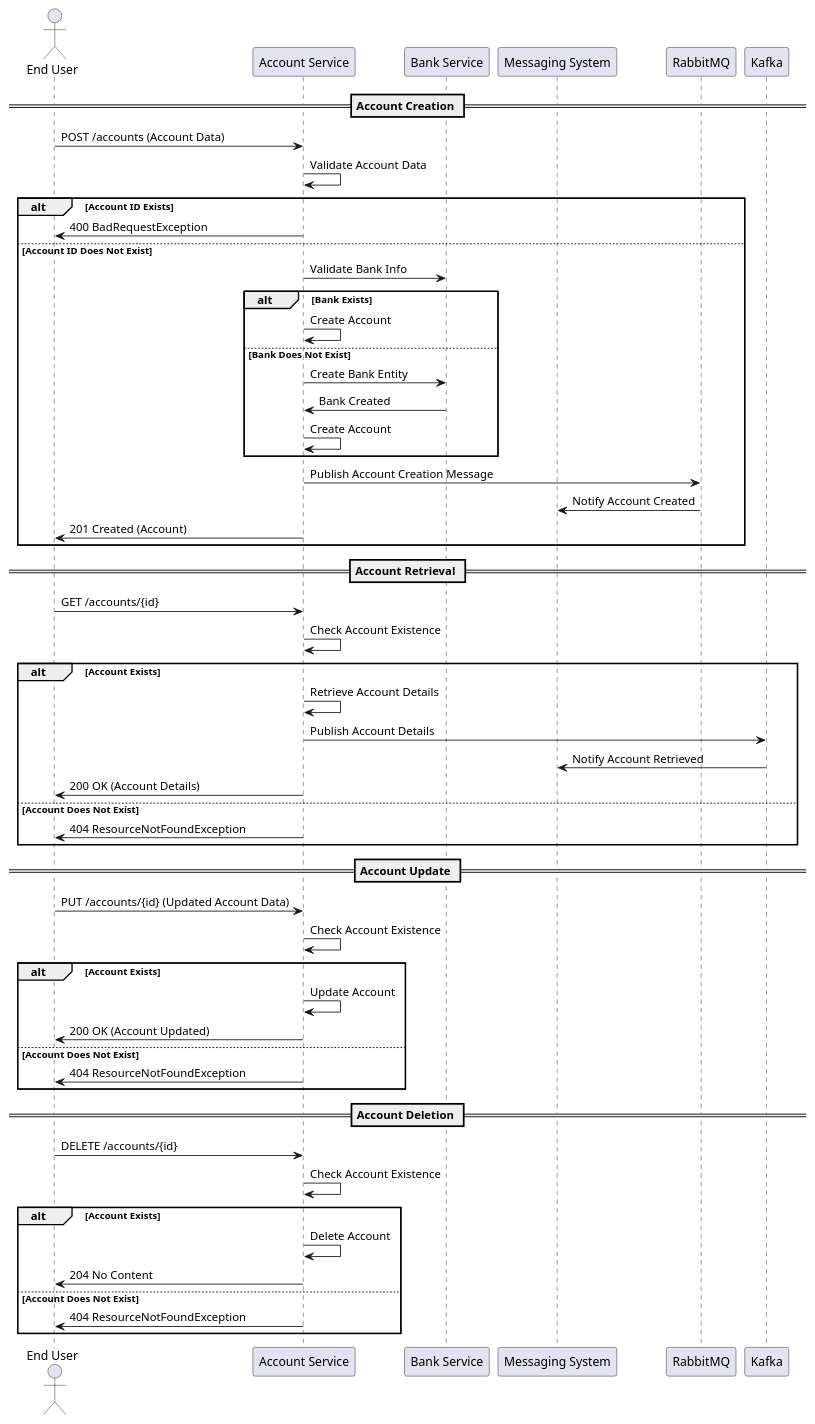
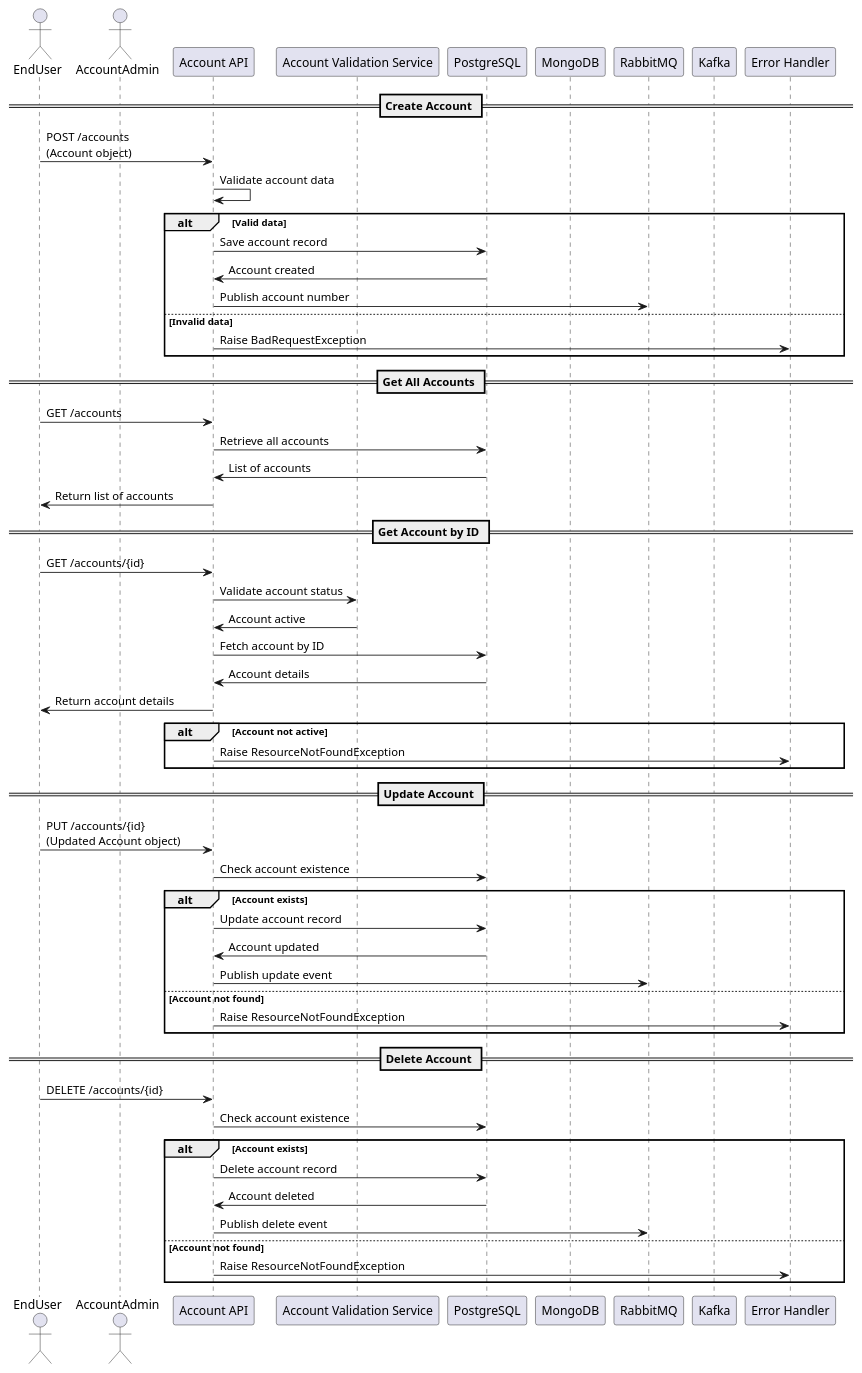
One commit to Bhaskar-Pavan/AccountService changed the diagram in design_document/Account_service.md. Above: the diagram before and after it, drawn with PlantUML. The commit also changed other lines of this file, not shown here.

````diff
--- a/design_document/Account_service.md
+++ b/design_document/Account_service.md
@@ -56,61 +37,64 @@
 ```plantuml
 @startuml
-actor "End User" as User
-participant "Account Service" as AccountService
-participant "Bank Service" as BankService
-participant "Messaging System" as MessagingSystem
+actor EndUser as User
+actor AccountAdmin as Admin
+participant "Account API" as API
+participant "Account Validation Service" as ValidationService
+participant "PostgreSQL" as PostgreSQL
+participant "MongoDB" as MongoDB
 participant "RabbitMQ" as RabbitMQ
 participant "Kafka" as Kafka
+participant "Error Handler" as ErrorHandler
 
-== Account Creation ==
-User -> AccountService: POST /accounts (Account Data)
-AccountService -> AccountService: Validate Account Data
-alt Account ID Exists
-    AccountService -> User: 400 BadRequestException
-else Account ID Does Not Exist
-    AccountService -> BankService: Validate Bank Info
-    alt Bank Exists
-        AccountService -> AccountService: Create Account
-    else Bank Does Not Exist
-        AccountService -> BankService: Create Bank Entity
-        BankService -> AccountService: Bank Created
-        AccountService -> AccountService: Create Account
-    end
-    AccountService -> RabbitMQ: Publish Account Creation Message
-    RabbitMQ -> MessagingSystem: Notify Account Created
-    AccountService -> User: 201 Created (Account)
+== Create Account ==
+User -> API: POST /accounts\n(Account object)
+API -> API: Validate account data
+alt Valid data
+    API -> PostgreSQL: Save account record
+    PostgreSQL -> API: Account created
+    API -> RabbitMQ: Publish account number
+else Invalid data
+    API -> ErrorHandler: Raise BadRequestException
 end
 
-== Account Retrieval ==
-User -> AccountService: GET /accounts/{id}
-AccountService -> AccountService: Check Account Existence
-alt Account Exists
-    AccountService -> AccountService: Retrieve Account Details
-    AccountService -> Kafka: Publish Account Details
-    Kafka -> MessagingSystem: Notify Account Retrieved
-    AccountService -> User: 200 OK (Account Details)
-else Account Does Not Exist
-    AccountService -> User: 404 ResourceNotFoundException
+== Get All Accounts ==
+User -> API: GET /accounts
+API -> PostgreSQL: Retrieve all accounts
+PostgreSQL -> API: List of accounts
+API -> User: Return list of accounts
+
+== Get Account by ID ==
+User -> API: GET /accounts/{id}
+API -> ValidationService: Validate account status
+ValidationService -> API: Account active
+API -> PostgreSQL: Fetch account by ID
+PostgreSQL -> API: Account details
+API -> User: Return account details
+alt Account not active
+    API -> ErrorHandler: Raise ResourceNotFoundException
 end
 
-== Account Update ==
-User -> AccountService: PUT /accounts/{id} (Updated Account Data)
-AccountService -> AccountService: Check Account Existence
-alt Account Exists
-    AccountService -> AccountService: Update Account
-    AccountService -> User: 200 OK (Account Updated)
-else Account Does Not Exist
-    AccountService -> User: 404 ResourceNotFoundException
+== Update Account ==
+User -> API: PUT /accounts/{id}\n(Updated Account object)
+API -> PostgreSQL: Check account existence
+alt Account exists
+    API -> PostgreSQL: Update account record
+    PostgreSQL -> API: Account updated
+    API -> RabbitMQ: Publish update event
+else Account not found
+    API -> ErrorHandler: Raise ResourceNotFoundException
 end
 
-== Account Deletion ==
-User -> AccountService: DELETE /accounts/{id}
-AccountService -> AccountService: Check Account Existence
-alt Account Exists
-    AccountService -> AccountService: Delete Account
-    AccountService -> User: 204 No Content
-else Account Does Not Exist
-    AccountService -> User: 404 ResourceNotFoundException
+== Delete Account ==
+User -> API: DELETE /accounts/{id}
+API -> PostgreSQL: Check account existence
+alt Account exists
+    API -> PostgreSQL: Delete account record
+    PostgreSQL -> API: Account deleted
+    API -> RabbitMQ: Publish delete event
+else Account not found
+    API -> ErrorHandler: Raise ResourceNotFoundException
 end
+
 @enduml
 ```
````
